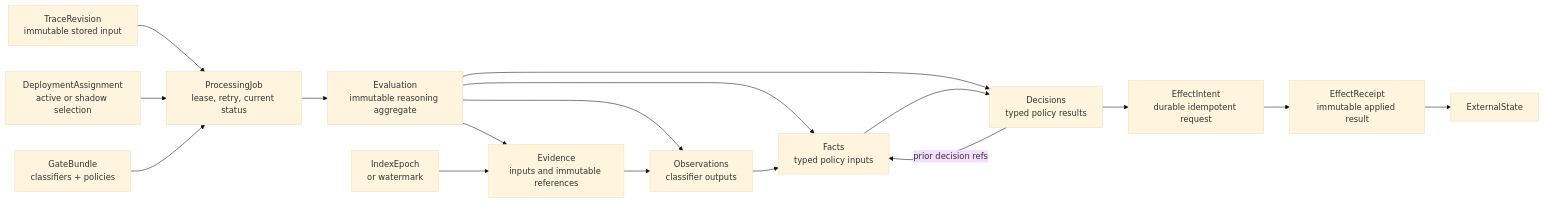
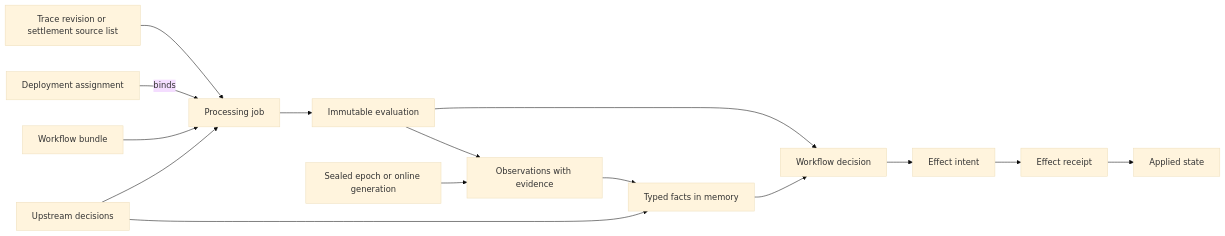
The first of 2 diagrams in docs/redesign/proposal.md (TraceCommons/trace-commons), drawn with Mermaid (base theme) before and after one commit. The commit also changed other lines of this file, not shown here.

````diff
--- a/docs/redesign/proposal.md
+++ b/docs/redesign/proposal.md
@@ -183,33 +123,17 @@
 ```mermaid
 flowchart LR
-    TR[TraceRevision<br/>immutable stored input]
-    DA[DeploymentAssignment<br/>active or shadow selection]
-    GB[GateBundle<br/>classifiers + policies]
-    PJ[ProcessingJob<br/>lease, retry, current status]
-    EV[Evaluation<br/>immutable reasoning aggregate]
-    ED[Evidence<br/>inputs and immutable references]
-    OB[Observations<br/>classifier outputs]
-    FA[Facts<br/>typed policy inputs]
-    DE[Decisions<br/>typed policy results]
-    EI[EffectIntent<br/>durable idempotent request]
-    ER[EffectReceipt<br/>immutable applied result]
-    IX[IndexEpoch<br/>or watermark]
-    ES[ExternalState]
-
-    TR --> PJ
-    DA --> PJ
-    GB --> PJ
-    PJ --> EV
-    EV --> ED
-    EV --> OB
-    EV --> FA
-    EV --> DE
-    ED --> OB
-    OB --> FA
+    TR[Trace revision or settlement source list] --> PJ[Processing job]
+    DA[Deployment assignment] -->|binds| PJ
+    WB[Workflow bundle] --> PJ
+    UP[Upstream decisions] --> PJ
+    PJ --> EV[Immutable evaluation]
+    EV --> OB[Observations with evidence]
+    EV --> DE[Workflow decision]
+    IX[Sealed epoch or online generation] --> OB
+    OB --> FA[Typed facts in memory]
+    UP --> FA
     FA --> DE
-    DE -->|prior decision refs| FA
-    DE --> EI
-    EI --> ER
-    IX --> ED
-    ER --> ES
+    DE --> EI[Effect intent]
+    EI --> ER[Effect receipt]
+    ER --> ES[Applied state]
 ```
````
